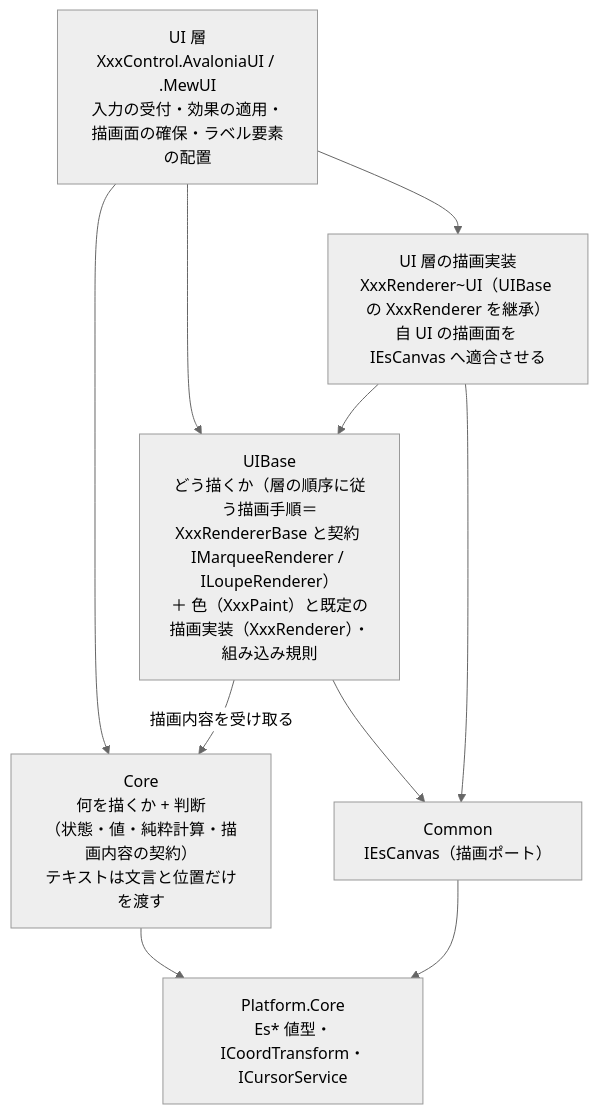
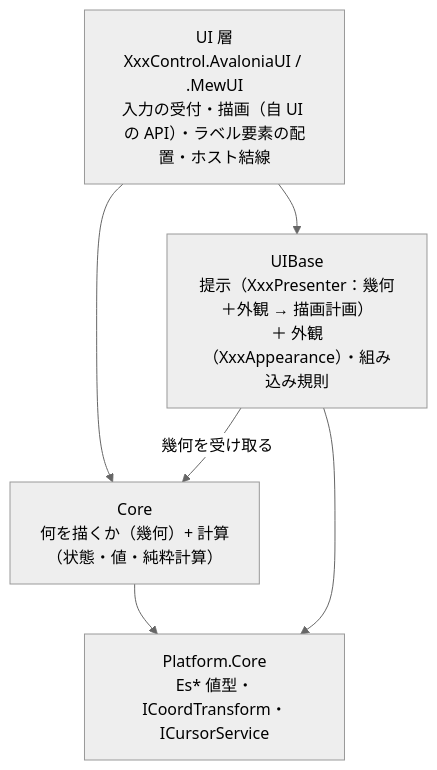
Before and after one commit to tomokuni/SaveEvidence: the second of 2 diagrams in src/README.md, drawn with Mermaid (neutral theme). The commit also changed other lines of this file and 92 other files, not shown here.

First line of the commit message:
ルーペを「描画ポート」から「提示（Presenter）＋描画計画」構成へ移行する

````diff
--- a/src/README.md
+++ b/src/README.md
@@ -29,16 +26,11 @@
 ```mermaid
 flowchart TB
-    UI["UI 層<br/>XxxControl.AvaloniaUI / .MewUI<br/>入力の受付・効果の適用・描画面の確保・ラベル要素の配置"]
-    UIR["UI 層の描画実装<br/>XxxRenderer~UI（UIBase の XxxRenderer を継承）<br/>自 UI の描画面を IEsCanvas へ適合させる"]
-    UB["UIBase<br/>どう描くか（層の順序に従う描画手順＝XxxRendererBase と契約 IMarqueeRenderer / ILoupeRenderer）<br/>＋ 色（XxxPaint）と既定の描画実装（XxxRenderer）・組み込み規則"]
-    CORE["Core<br/>何を描くか + 判断<br/>（状態・値・純粋計算・描画内容の契約）<br/>テキストは文言と位置だけを渡す"]
-    UI --> UIR
+    UI["UI 層<br/>XxxControl.AvaloniaUI / .MewUI<br/>入力の受付・描画（自 UI の API）・ラベル要素の配置・ホスト結線"]
+    UB["UIBase<br/>提示（XxxPresenter：幾何＋外観 → 描画計画）<br/>＋ 外観（XxxAppearance）・組み込み規則"]
+    CORE["Core<br/>何を描くか（幾何）+ 計算<br/>（状態・値・純粋計算）"]
     UI --> UB
     UI --> CORE
-    UIR --> UB
-    UB -->|描画内容を受け取る| CORE
-    UB --> CM["Common<br/>IEsCanvas（描画ポート）"]
-    UIR --> CM
+    UB -->|幾何を受け取る| CORE
     CORE --> PC["Platform.Core<br/>Es* 値型・ICoordTransform・ICursorService"]
-    CM --> PC
+    UB --> PC
 ```
````
